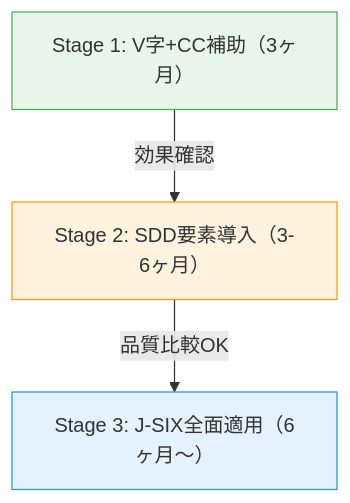
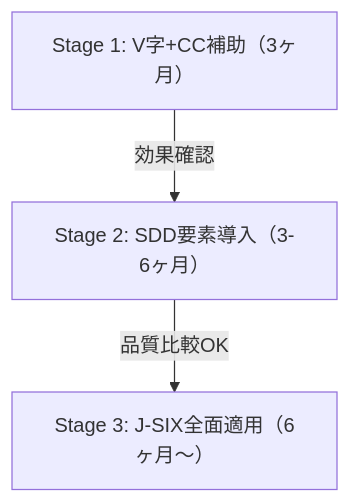
Before and after one commit to SeckeyJP/j-six-articles: the third of 3 diagrams in articles/j-six-00-overview.md, drawn with Mermaid. The commit also changed other lines of this file, not shown here.

First line of the commit message:
Remove custom Mermaid colors for dark mode compatibility

````diff
--- a/articles/j-six-00-overview.md
+++ b/articles/j-six-00-overview.md
@@ -147,11 +139,8 @@
 ```mermaid
 flowchart TB
   S1["Stage 1: V字+CC補助（3ヶ月）"]
   S2["Stage 2: SDD要素導入（3-6ヶ月）"]
   S3["Stage 3: J-SIX全面適用（6ヶ月〜）"]
   S1 -->|"効果確認"| S2 -->|"品質比較OK"| S3
 
-  style S1 fill:#e8f5e9,stroke:#4CAF50
-  style S2 fill:#fff3e0,stroke:#FF9800
-  style S3 fill:#e3f2fd,stroke:#2196F3
 ```
````
